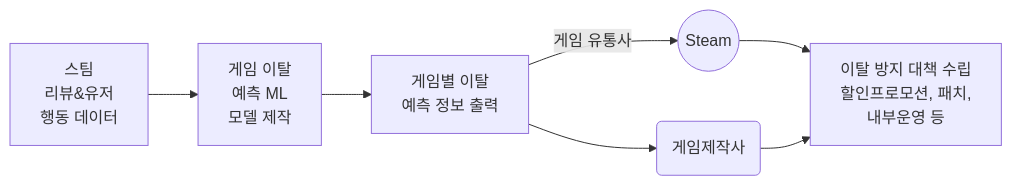
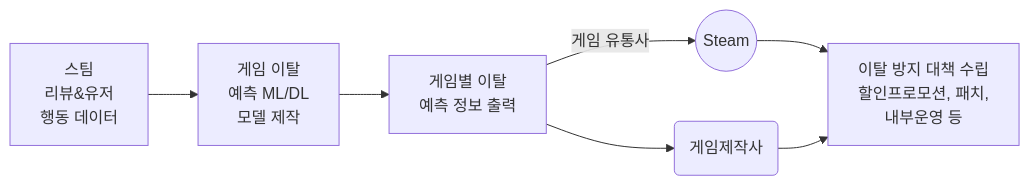
One commit to SKNETWORKS-FAMILY-AICAMP/SKN23-2nd-1Team changed the diagram in README.md. Above: the diagram before and after it, drawn with Mermaid. The commit also changed other lines of this file and 29 other files, not shown here.

````diff
--- a/README.md
+++ b/README.md
@@ -84,9 +84,9 @@
 ```mermaid
 graph LR
 A[스팀 <br> 리뷰&유저<br> 행동 데이터] --> B
-B[게임 이탈 <br> 예측 ML <br> 모델 제작]--> C
+B[게임 이탈 <br> 예측 ML/DL <br> 모델 제작]--> C
 C[게임별 이탈 <br>예측 정보 출력<br>] -- 게임 유통사 --> D((Steam))
 C --> E(게임제작사)
 D --> F[이탈 방지 대책 수립 <br> 할인프로모션, 패치, <br> 내부운영 등]
 E --> F
 ```
````
